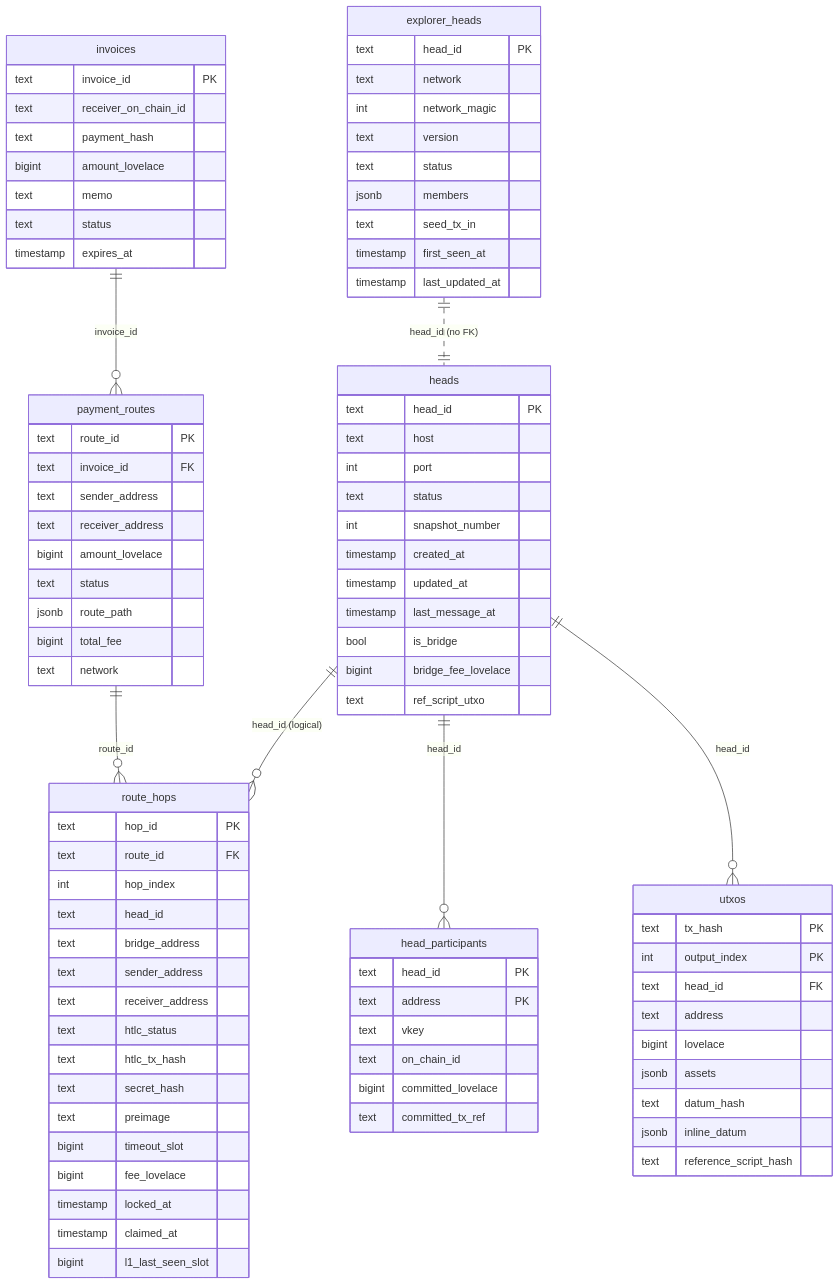
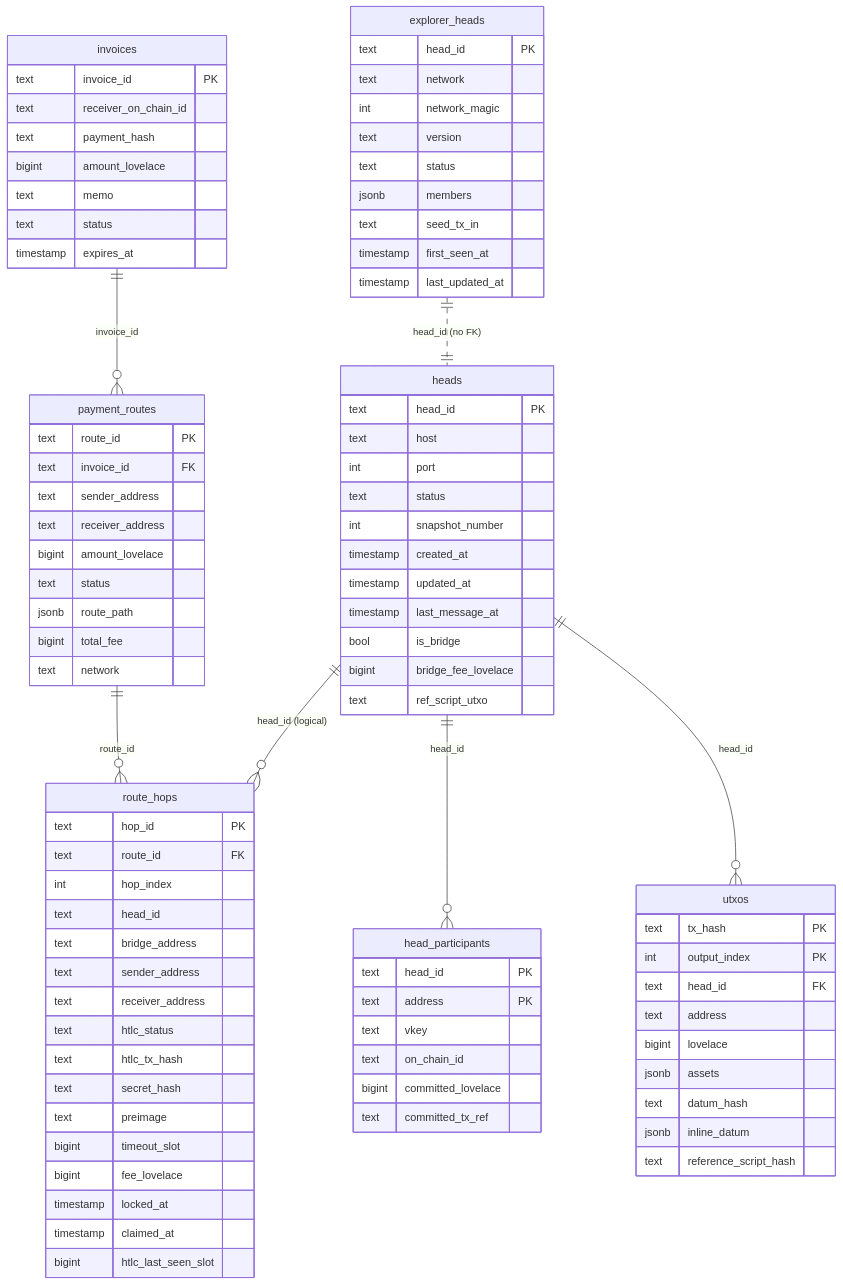
One commit to v0d1ch/hydra.registry changed the third of 6 diagrams in ARCHITECTURE.md. Above: the diagram before and after it, drawn with Mermaid. The commit also changed other lines of this file and 7 other files, not shown here.

````diff
--- a/ARCHITECTURE.md
+++ b/ARCHITECTURE.md
@@ -324,6 +324,6 @@
     bigint fee_lovelace
     timestamp locked_at
     timestamp claimed_at
-    bigint l1_last_seen_slot
+    bigint htlc_last_seen_slot
   }
 ```
````
